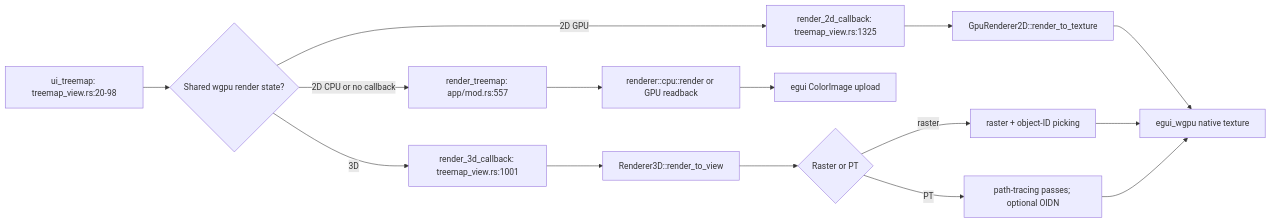
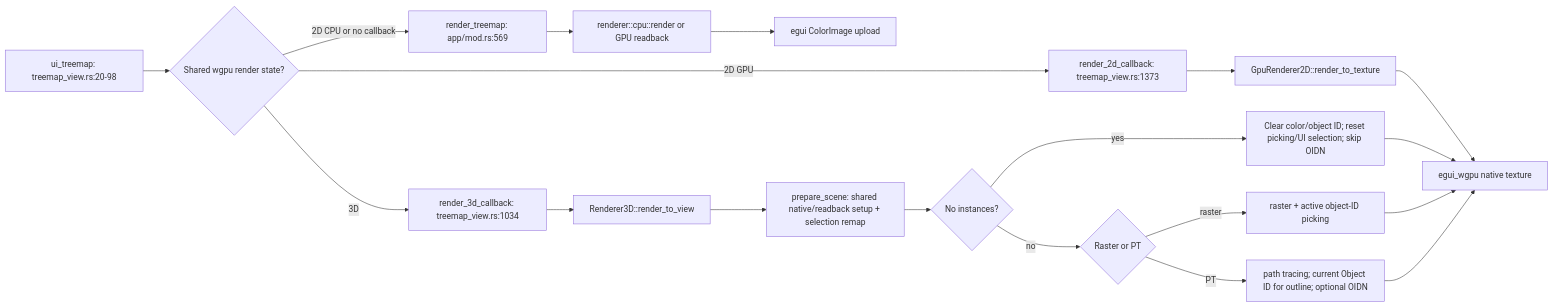
One commit to ssoj13/squarebob-rs changed the third of 7 diagrams in DIAGRAMS.md. Above: the diagram before and after it, drawn with Mermaid. The commit also changed other lines of this file and 26 other files, not shown here.

````diff
--- a/DIAGRAMS.md
+++ b/DIAGRAMS.md
@@ -65,17 +80,21 @@
 ```mermaid
 flowchart LR
     UI["ui_treemap: treemap_view.rs:20-98"] --> Select{"Shared wgpu render state?"}
-    Select -->|2D CPU or no callback| Legacy["render_treemap: app/mod.rs:557"]
-    Select -->|2D GPU| GPU2D["render_2d_callback: treemap_view.rs:1325"]
-    Select -->|3D| GPU3D["render_3d_callback: treemap_view.rs:1001"]
+    Select -->|2D CPU or no callback| Legacy["render_treemap: app/mod.rs:569"]
+    Select -->|2D GPU| GPU2D["render_2d_callback: treemap_view.rs:1373"]
+    Select -->|3D| GPU3D["render_3d_callback: treemap_view.rs:1034"]
     Legacy --> CPU["renderer::cpu::render or GPU readback"]
     CPU --> Upload["egui ColorImage upload"]
     GPU2D --> Native2D["GpuRenderer2D::render_to_texture"]
     Native2D --> EguiNative["egui_wgpu native texture"]
     GPU3D --> View["Renderer3D::render_to_view"]
-    View --> Raster{"Raster or PT"}
-    Raster -->|raster| Pass["raster + object-ID picking"]
-    Raster -->|PT| Trace["path-tracing passes; optional OIDN"]
+    View --> Prepare["prepare_scene: shared native/readback setup + selection remap"]
+    Prepare --> Empty{"No instances?"}
+    Empty -->|yes| Clear["Clear color/object ID; reset picking/UI selection; skip OIDN"]
+    Empty -->|no| Raster{"Raster or PT"}
+    Clear --> EguiNative
+    Raster -->|raster| Pass["raster + active object-ID picking"]
+    Raster -->|PT| Trace["path tracing; current Object ID for outline; optional OIDN"]
     Pass --> EguiNative
     Trace --> EguiNative
 ```
````
